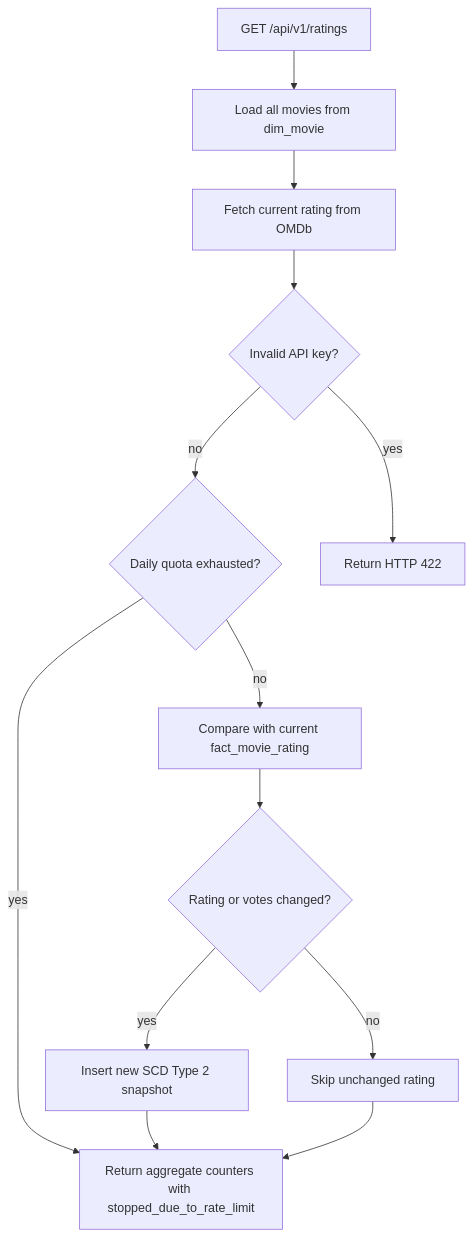
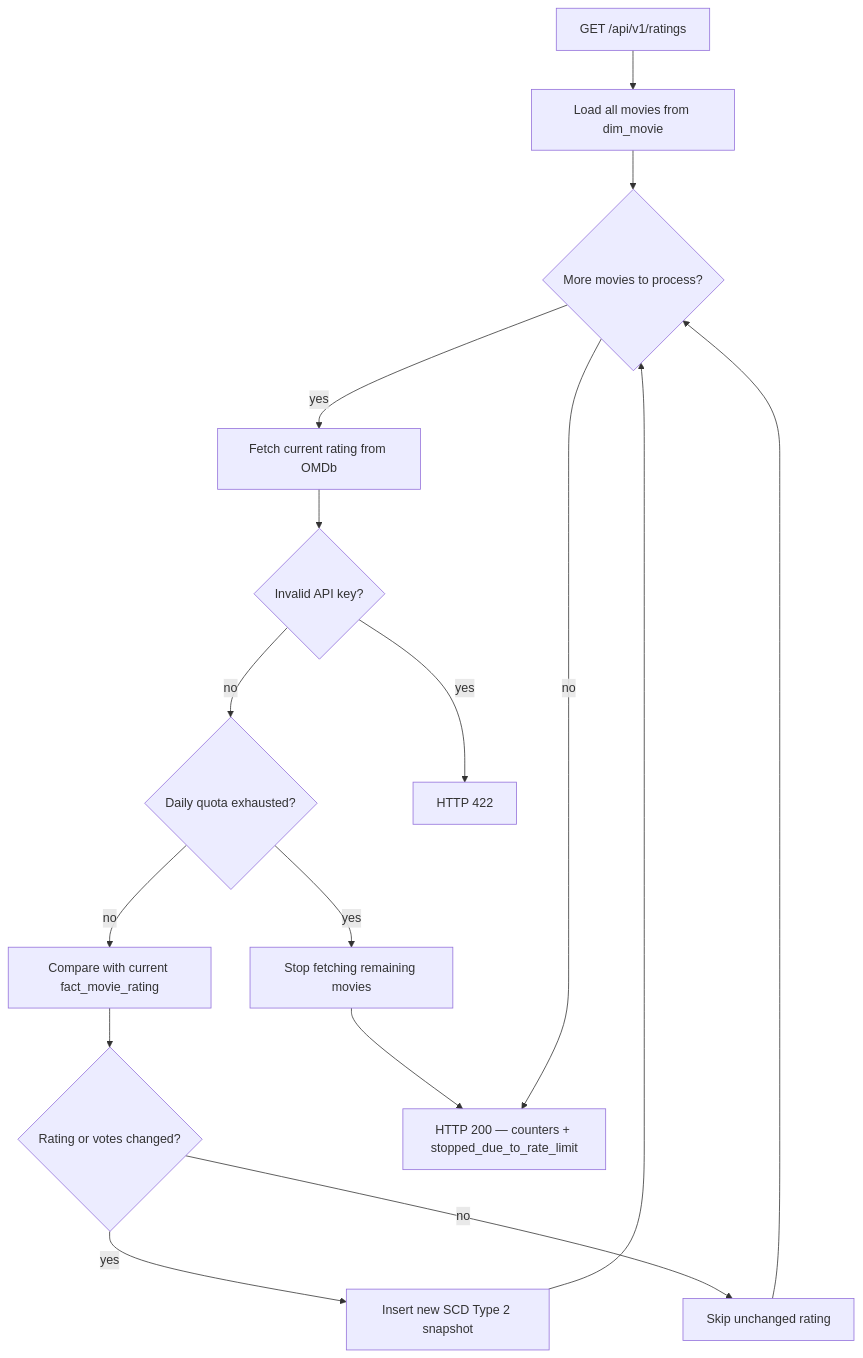
The third of 4 diagrams in README.md (MarcinKurek4/FM), drawn with Mermaid before and after one commit. The commit also changed other lines of this file and 10 other files, not shown here.

````diff
--- a/README.md
+++ b/README.md
@@ -357,27 +394,32 @@
 ```mermaid
 flowchart TD
     Request["GET /api/v1/ratings"]
     LoadMovies["Load all movies from dim_movie"]
+    NextMovie{"More movies to process?"}
     FetchOMDb["Fetch current rating from OMDb"]
     FatalError{"Invalid API key?"}
     RateLimit{"Daily quota exhausted?"}
+    StopFetch["Stop fetching remaining movies"]
     Compare["Compare with current fact_movie_rating"]
     Changed{"Rating or votes changed?"}
     Insert["Insert new SCD Type 2 snapshot"]
     Skip["Skip unchanged rating"]
-    Response["Return aggregate counters with stopped_due_to_rate_limit"]
-    Error422["Return HTTP 422"]
+    Response200["HTTP 200 — counters + stopped_due_to_rate_limit"]
+    Error422["HTTP 422"]
 
     Request --> LoadMovies
-    LoadMovies --> FetchOMDb
+    LoadMovies --> NextMovie
+    NextMovie -- yes --> FetchOMDb
     FetchOMDb --> FatalError
     FatalError -- yes --> Error422
     FatalError -- no --> RateLimit
-    RateLimit -- yes --> Response
+    RateLimit -- yes --> StopFetch
+    StopFetch --> Response200
     RateLimit -- no --> Compare
     Compare --> Changed
     Changed -- yes --> Insert
     Changed -- no --> Skip
-    Insert --> Response
-    Skip --> Response
+    Insert --> NextMovie
+    Skip --> NextMovie
+    NextMovie -- no --> Response200
 ```
````
